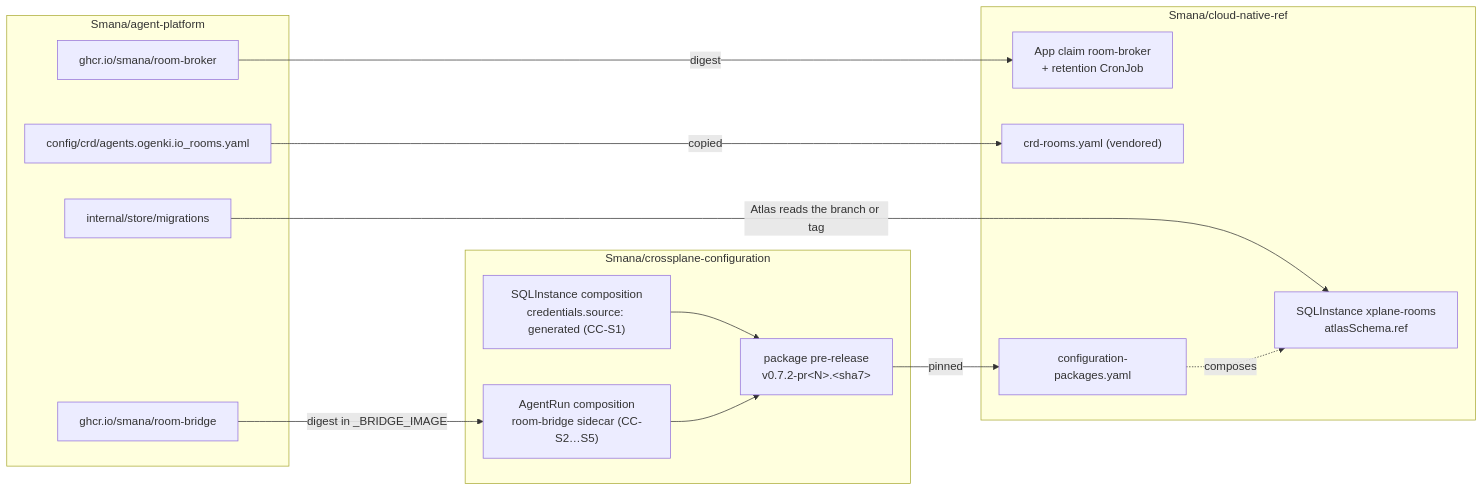
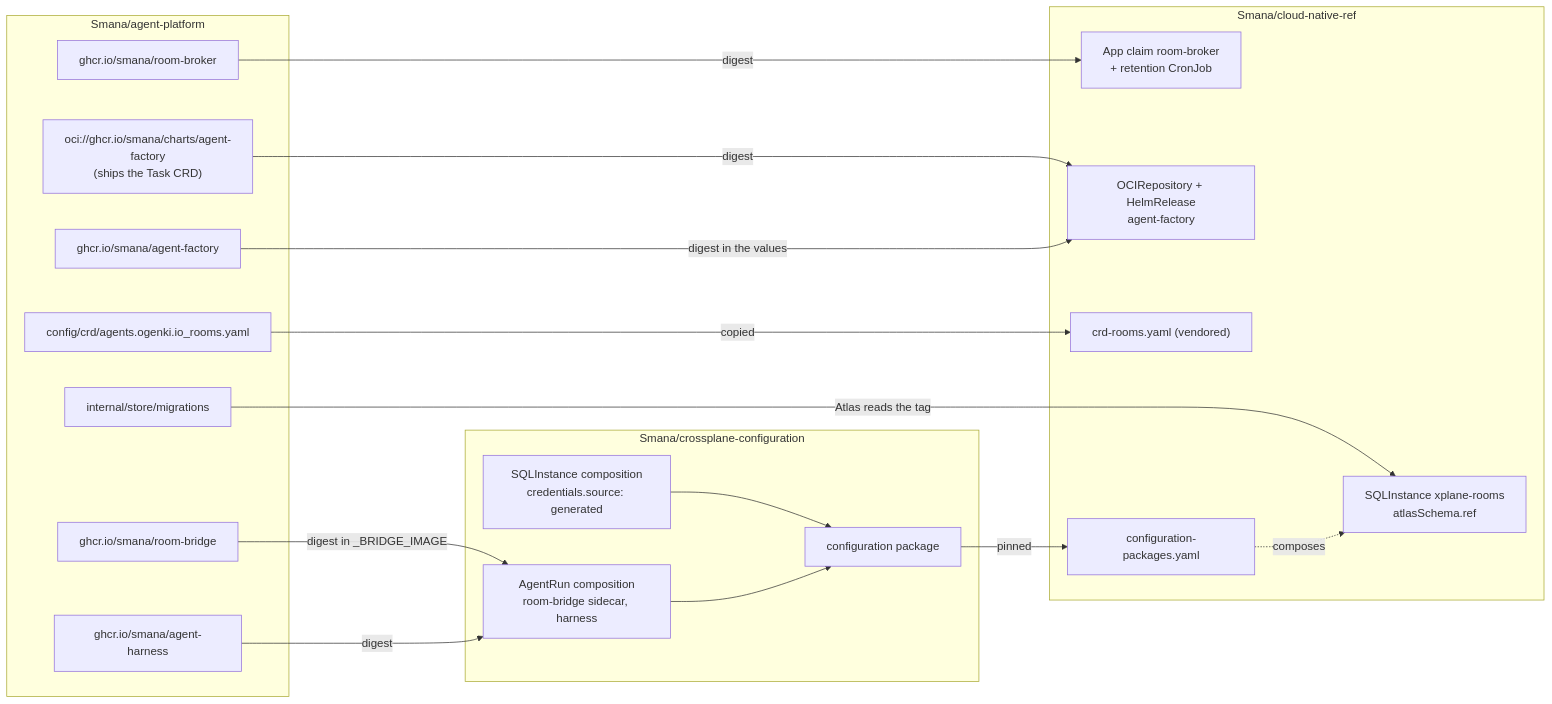
The diagram in docs/integration.md (Smana/agent-platform), drawn with Mermaid before and after one commit. The commit also changed other lines of this file and 21 other files, not shown here.

````diff
--- a/docs/integration.md
+++ b/docs/integration.md
@@ -9,28 +10,35 @@
 ```mermaid
 flowchart LR
   subgraph ap["Smana/agent-platform"]
     bimg["ghcr.io/smana/room-broker"]
     brimg["ghcr.io/smana/room-bridge"]
+    fimg["ghcr.io/smana/agent-factory"]
+    himg["ghcr.io/smana/agent-harness"]
+    chart["oci://ghcr.io/smana/charts/agent-factory<br/>(ships the Task CRD)"]
     crd["config/crd/agents.ogenki.io_rooms.yaml"]
     mig["internal/store/migrations"]
   end
   subgraph cc["Smana/crossplane-configuration"]
-    sql["SQLInstance composition<br/>credentials.source: generated (CC-S1)"]
-    ar["AgentRun composition<br/>room-bridge sidecar (CC-S2…S5)"]
-    pkg["package pre-release<br/>v0.7.2-pr&lt;N&gt;.&lt;sha7&gt;"]
+    sql["SQLInstance composition<br/>credentials.source: generated"]
+    ar["AgentRun composition<br/>room-bridge sidecar, harness"]
+    pkg["configuration package"]
   end
   subgraph cnr["Smana/cloud-native-ref"]
     app["App claim room-broker<br/>+ retention CronJob"]
+    fac["OCIRepository + HelmRelease<br/>agent-factory"]
     vend["crd-rooms.yaml (vendored)"]
     claim["SQLInstance xplane-rooms<br/>atlasSchema.ref"]
     pin["configuration-packages.yaml"]
   end
   bimg -->|digest| app
+  chart -->|digest| fac
+  fimg -->|"digest in the values"| fac
   brimg -->|"digest in _BRIDGE_IMAGE"| ar
+  himg -->|digest| ar
   crd -->|copied| vend
-  mig -->|"Atlas reads the branch or tag"| claim
+  mig -->|"Atlas reads the tag"| claim
   sql --> pkg
   ar --> pkg
   pkg -->|pinned| pin
   pin -.->|composes| claim
 ```
````
